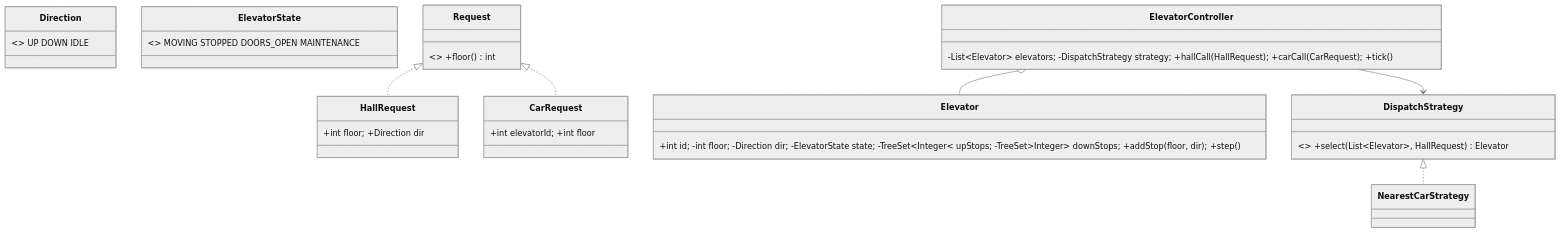
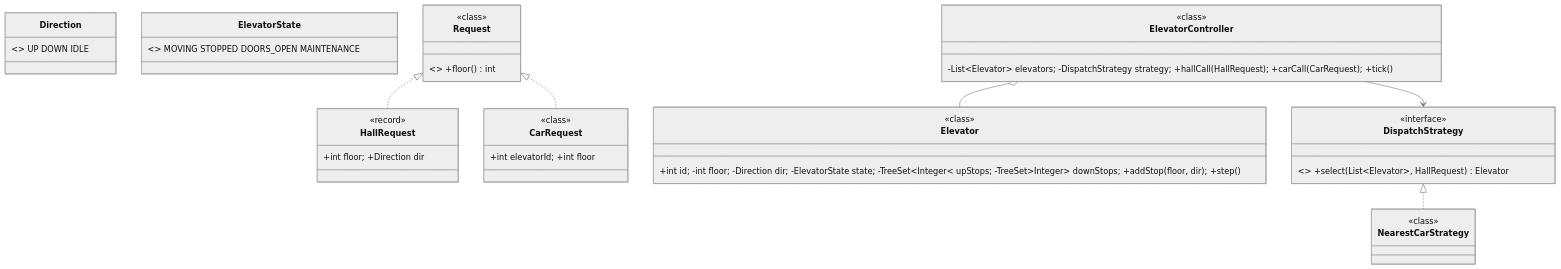
One commit to amarkum/amarkumar.guru changed the first of 2 diagrams in system-design/lld/24-elevator.md. Above: the diagram before and after it, drawn with Mermaid (neutral theme). The commit also changed 27 other files, not shown here.

Commit message:
Label every UML type as interface, enumeration, abstract, record or class, add missing enums, and colour-code them.

````diff
--- a/system-design/lld/24-elevator.md
+++ b/system-design/lld/24-elevator.md
@@ -38,17 +38,37 @@
 ```mermaid
 classDiagram
     class Direction { <<enumeration>> UP DOWN IDLE }
     class ElevatorState { <<enumeration>> MOVING STOPPED DOORS_OPEN MAINTENANCE }
     class Elevator { +int id; -int floor; -Direction dir; -ElevatorState state; -TreeSet~Integer~ upStops; -TreeSet~Integer~ downStops; +addStop(floor, dir); +step() }
     class Request { <<interface>> +floor() int }
     class HallRequest { +int floor; +Direction dir }
     class CarRequest { +int elevatorId; +int floor }
     class DispatchStrategy { <<interface>> +select(List~Elevator~, HallRequest) Elevator }
-    class NearestCarStrategy
+    class NearestCarStrategy {
+      <<class>>
+    }
     class ElevatorController { -List~Elevator~ elevators; -DispatchStrategy strategy; +hallCall(HallRequest); +carCall(CarRequest); +tick() }
     Request <|.. HallRequest
     Request <|.. CarRequest
     DispatchStrategy <|.. NearestCarStrategy
     ElevatorController o-- Elevator
     ElevatorController --> DispatchStrategy
+    class Request {
+      <<class>>
+    }
+    class CarRequest {
+      <<class>>
+    }
+    class ElevatorController {
+      <<class>>
+    }
+    class DispatchStrategy {
+      <<interface>>
+    }
+    class HallRequest {
+      <<record>>
+    }
+    class Elevator {
+      <<class>>
+    }
 ```
````
